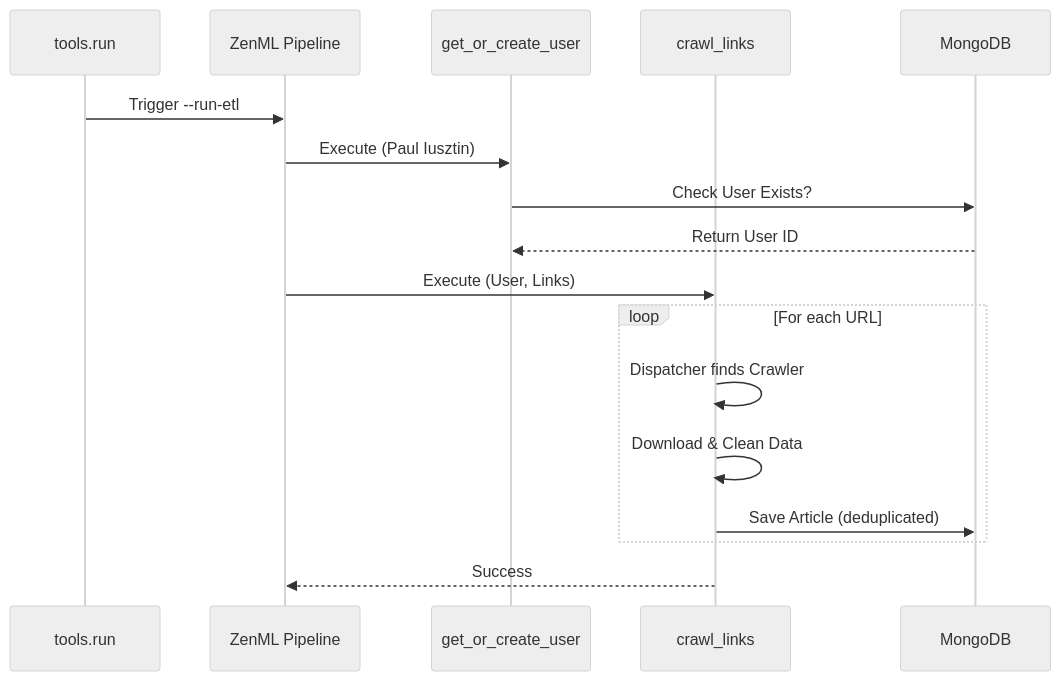
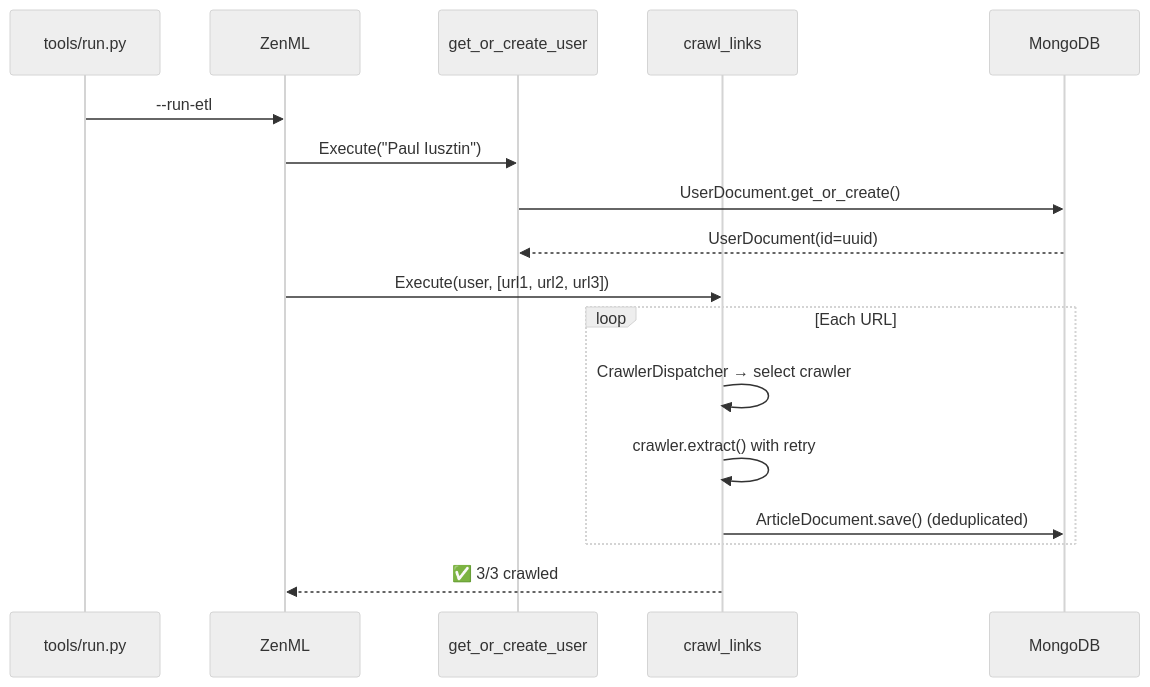
Before and after one commit to sh-arka22/MoodSwarm-LLM: the second of 3 diagrams in README.md, drawn with Mermaid (neutral theme). The commit also changed other lines of this file, not shown here.

````diff
--- a/README.md
+++ b/README.md
@@ -103,21 +172,20 @@
 ```mermaid
 sequenceDiagram
-    participant CLI as tools.run
-    participant ZenML as ZenML Pipeline
-    participant Step1 as get_or_create_user
-    participant Step2 as crawl_links
+    participant CLI as tools/run.py
+    participant ZML as ZenML
+    participant S1 as get_or_create_user
+    participant S2 as crawl_links
     participant DB as MongoDB
 
-    CLI->>ZenML: Trigger --run-etl
-    ZenML->>Step1: Execute (Paul Iusztin)
-    Step1->>DB: Check User Exists?
-    DB-->>Step1: Return User ID
-    
-    ZenML->>Step2: Execute (User, Links)
-    loop For each URL
-        Step2->>Step2: Dispatcher finds Crawler
-        Step2->>Step2: Download & Clean Data
-        Step2->>DB: Save Article (deduplicated)
+    CLI->>ZML: --run-etl
+    ZML->>S1: Execute("Paul Iusztin")
+    S1->>DB: UserDocument.get_or_create()
+    DB-->>S1: UserDocument(id=uuid)
+    ZML->>S2: Execute(user, [url1, url2, url3])
+    loop Each URL
+        S2->>S2: CrawlerDispatcher → select crawler
+        S2->>S2: crawler.extract() with retry
+        S2->>DB: ArticleDocument.save() (deduplicated)
     end
-    Step2-->>ZenML: Success
+    S2-->>ZML: ✅ 3/3 crawled
 ```
````
